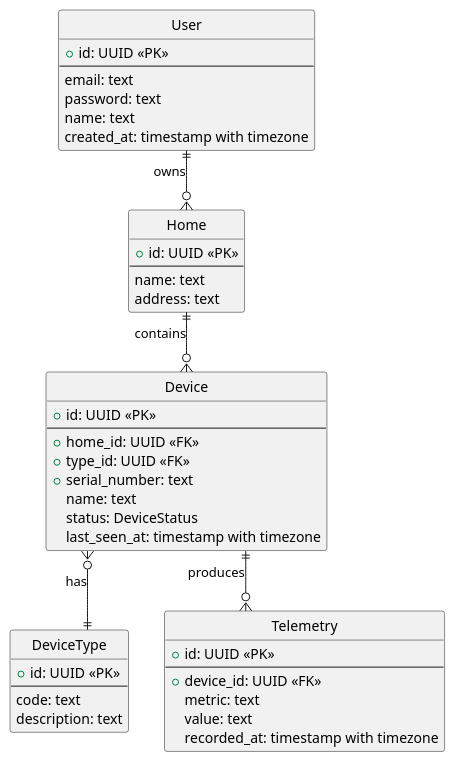
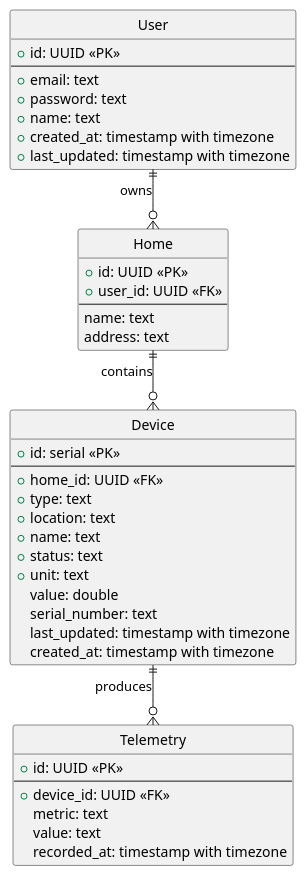
The diagram in docs/architecture/er.puml (afjord/architecture-pro-warmhouse), drawn with PlantUML before and after one commit. The commit also changed 29 other files, not shown here.

```diff
--- a/docs/architecture/er.puml
+++ b/docs/architecture/er.puml
@@ -1,53 +1,51 @@
 @startuml
 hide circle
 skinparam linetype ortho
 
 entity "User" as user {
   +id: UUID <<PK>>
   --
-  email: text
-  password: text
-  name: text
-  created_at: timestamp with timezone
+  +email: text
+  +password: text
+  +name: text
+  +created_at: timestamp with timezone
+  +last_updated: timestamp with timezone
 }
 
 entity "Home" as home {
   +id: UUID <<PK>>
+  +user_id: UUID <<FK>>
   --
   name: text
   address: text
 }
 
 entity "Device" as device {
-  +id: UUID <<PK>>
+  +id: serial <<PK>>
   --
   +home_id: UUID <<FK>>
-  +type_id: UUID <<FK>>
-  +serial_number: text
-  name: text
-  status: DeviceStatus
-  last_seen_at: timestamp with timezone
-}
-
-entity "DeviceType" as deviceType {
-  +id: UUID <<PK>>
-  --
-  code: text
-  description: text
+  +type: text
+  +location: text
+  +name: text
+  +status: text
+  +unit: text
+  value: double
+  serial_number: text
+  last_updated: timestamp with timezone
+  created_at: timestamp with timezone
 }
 
 entity "Telemetry" as telemetry {
   +id: UUID <<PK>>
   --
   + device_id: UUID <<FK>>
   metric: text
   value: text
   recorded_at: timestamp with timezone
 }
 
 user ||--o{ home: owns
 home ||--o{ device: contains
-device }o--|| deviceType: has
 device ||--o{ telemetry: produces
 
 @enduml
```
